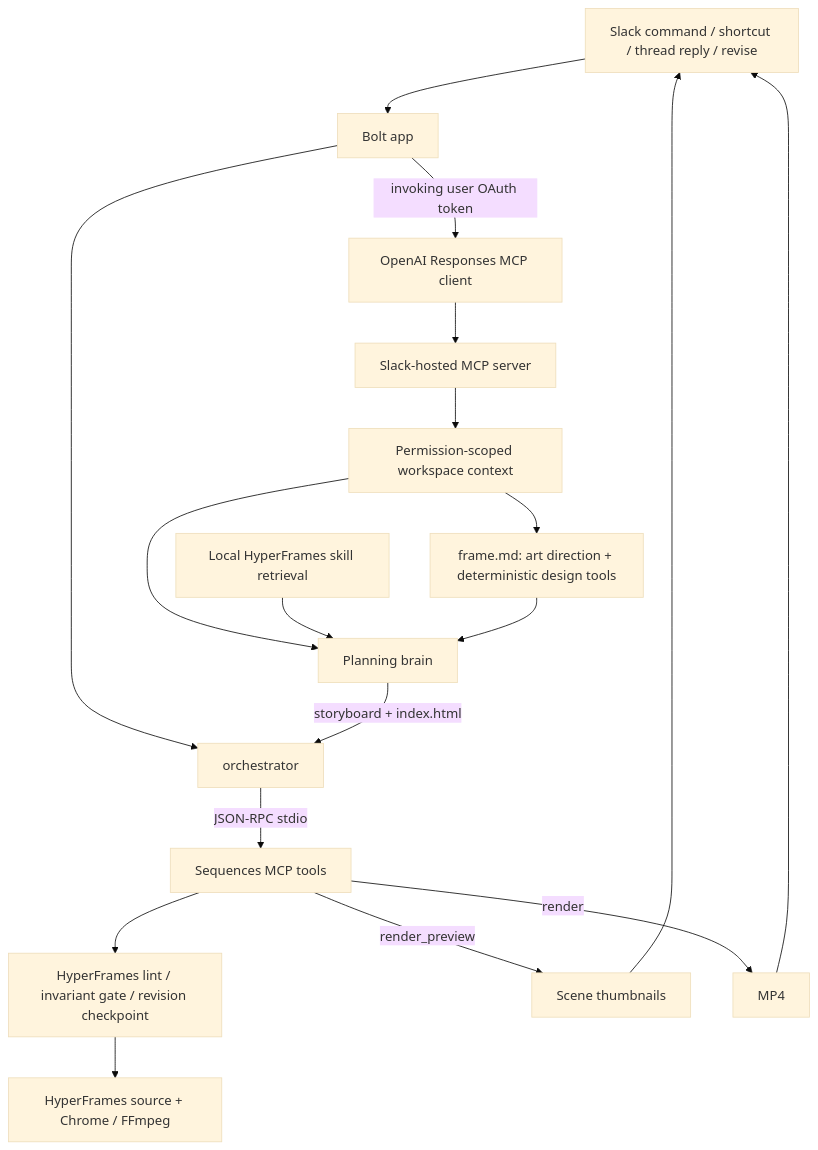
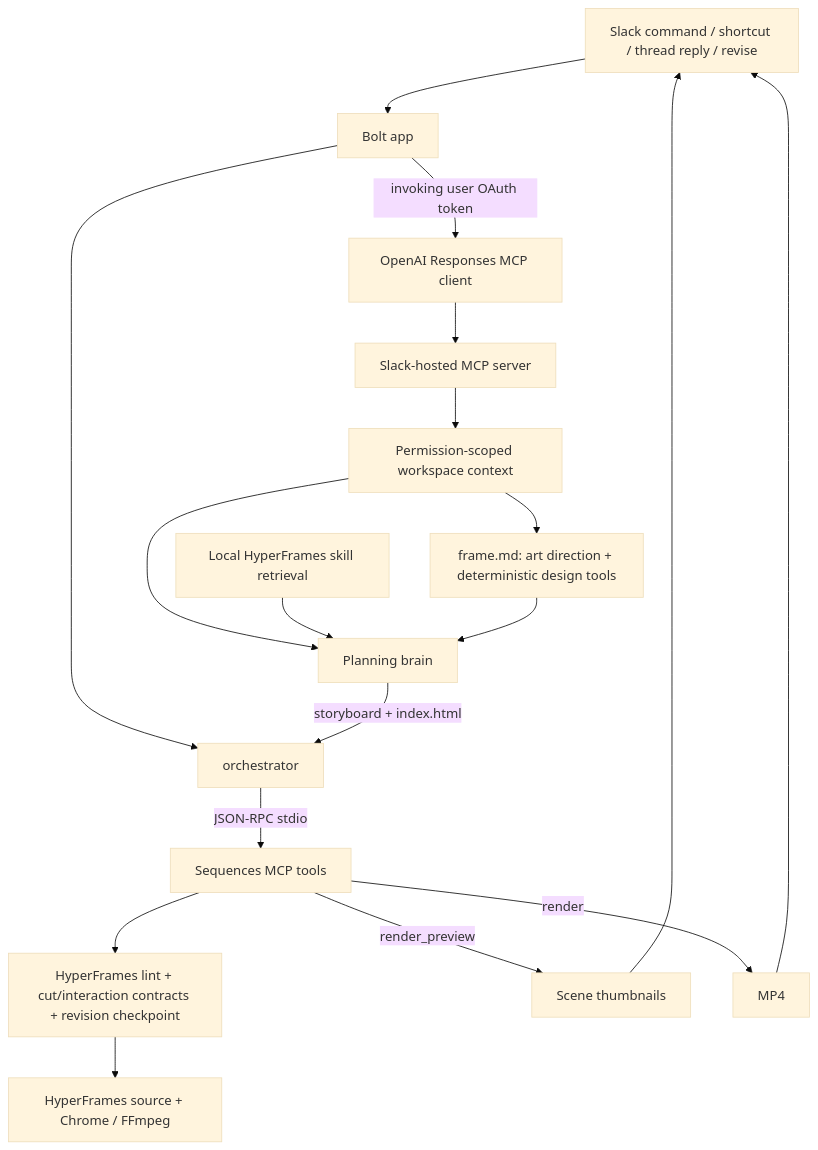
Before and after one commit to vladimirhegai/Slack_Sequences: the diagram in apps/slack/ROADMAP.md, drawn with Mermaid (base theme). The commit also changed other lines of this file and 14 other files, not shown here.

````diff
--- a/apps/slack/ROADMAP.md
+++ b/apps/slack/ROADMAP.md
@@ -77,20 +142,20 @@
 ```mermaid
 flowchart TD
   S[Slack command / shortcut / thread reply / revise] --> B[Bolt app]
   B -->|invoking user OAuth token| OC[OpenAI Responses MCP client]
   OC --> SM[Slack-hosted MCP server]
   SM --> WC[Permission-scoped workspace context]
   WC --> P
   B --> O[orchestrator]
   K[Local HyperFrames skill retrieval] --> P[Planning brain]
   WC --> F[frame.md: art direction + deterministic design tools]
   F --> P
   P -->|storyboard + index.html| O
   O -->|JSON-RPC stdio| M[Sequences MCP tools]
-  M --> C[HyperFrames lint / invariant gate / revision checkpoint]
+  M --> C[HyperFrames lint + cut/interaction contracts + revision checkpoint]
   C --> H[HyperFrames source + Chrome / FFmpeg]
   M -->|render_preview| T[Scene thumbnails]
   M -->|render| V[MP4]
   T --> S
   V --> S
 ```
````
